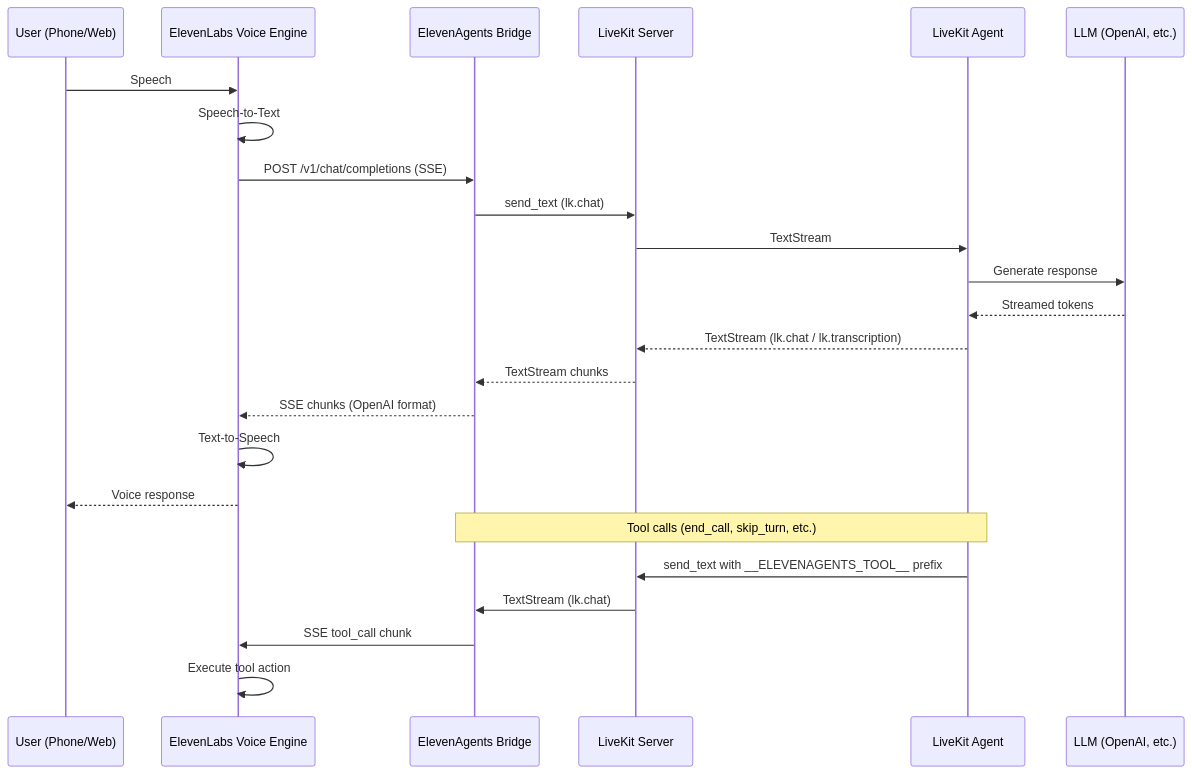
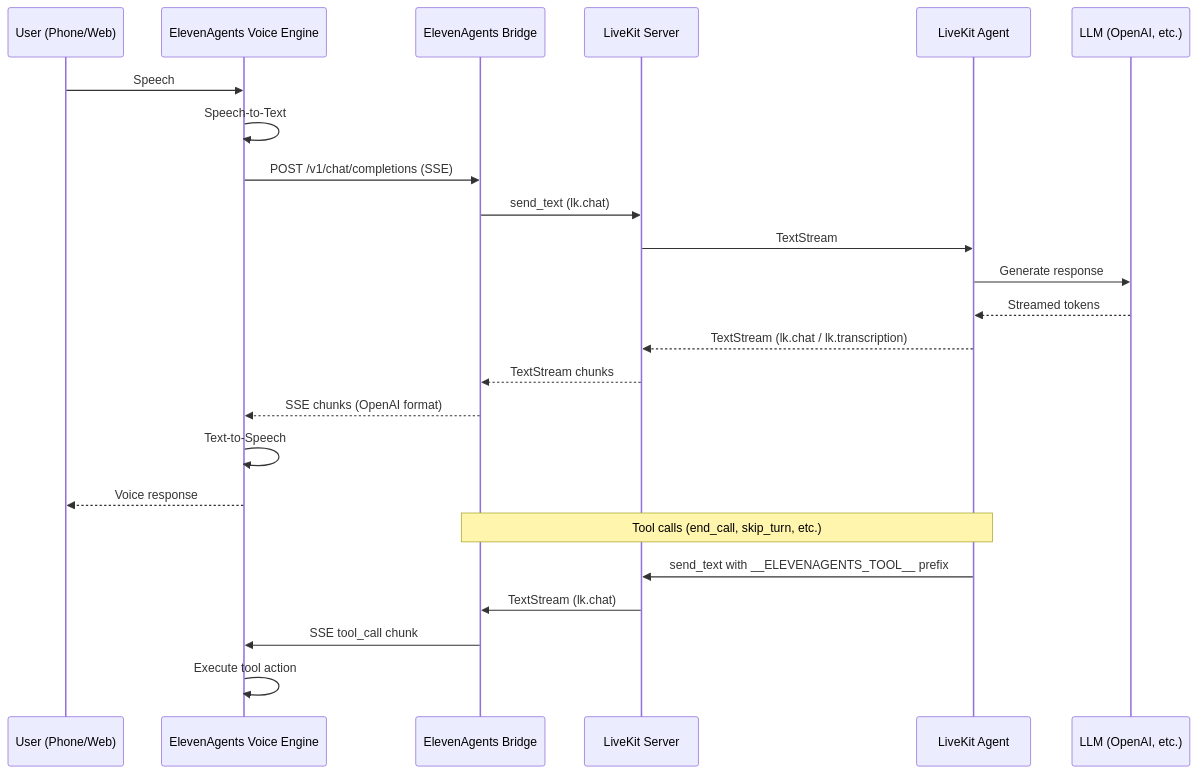
One commit to shiragannavar/elevenagents-livekit-plugin changed the diagram in README.md. Above: the diagram before and after it, drawn with Mermaid. The commit also changed other lines of this file and 4 other files, not shown here.

Commit message:
Replace ElevenLabs with ElevenAgents across the repo

````diff
--- a/README.md
+++ b/README.md
@@ -52,28 +52,28 @@
 ```mermaid
 sequenceDiagram
     participant User as User (Phone/Web)
-    participant EL as ElevenLabs Voice Engine
+    participant EL as ElevenAgents Voice Engine
     participant Bridge as ElevenAgents Bridge
     participant LK as LiveKit Server
     participant Agent as LiveKit Agent
     participant LLM as LLM (OpenAI, etc.)
 
     User->>EL: Speech
     EL->>EL: Speech-to-Text
     EL->>Bridge: POST /v1/chat/completions (SSE)
     Bridge->>LK: send_text (lk.chat)
     LK->>Agent: TextStream
     Agent->>LLM: Generate response
     LLM-->>Agent: Streamed tokens
     Agent-->>LK: TextStream (lk.chat / lk.transcription)
     LK-->>Bridge: TextStream chunks
     Bridge-->>EL: SSE chunks (OpenAI format)
     EL->>EL: Text-to-Speech
     EL-->>User: Voice response
 
     Note over Agent,Bridge: Tool calls (end_call, skip_turn, etc.)
     Agent->>LK: send_text with __ELEVENAGENTS_TOOL__ prefix
     LK->>Bridge: TextStream (lk.chat)
     Bridge->>EL: SSE tool_call chunk
     EL->>EL: Execute tool action
 ```
````
